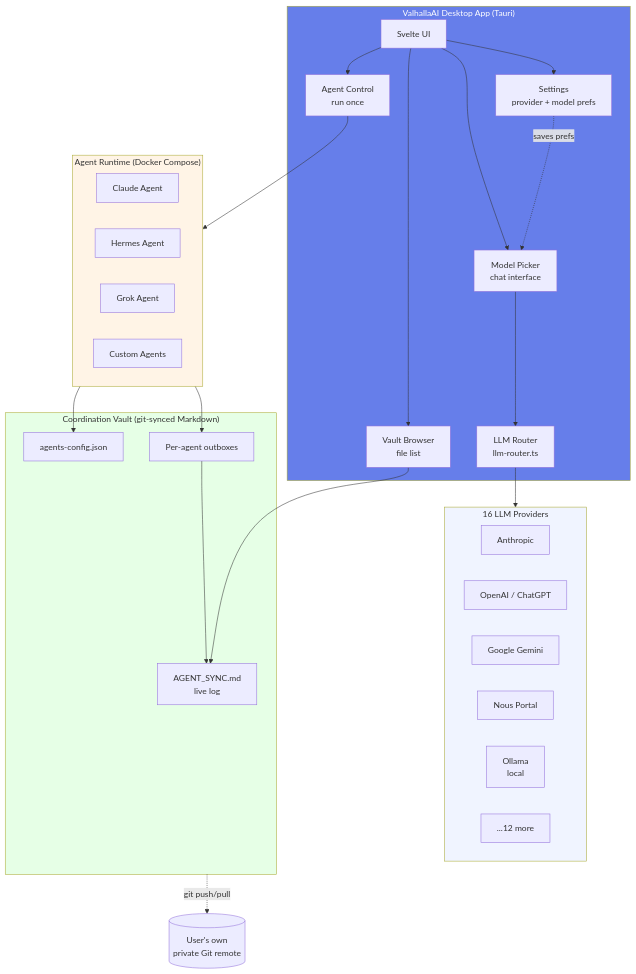
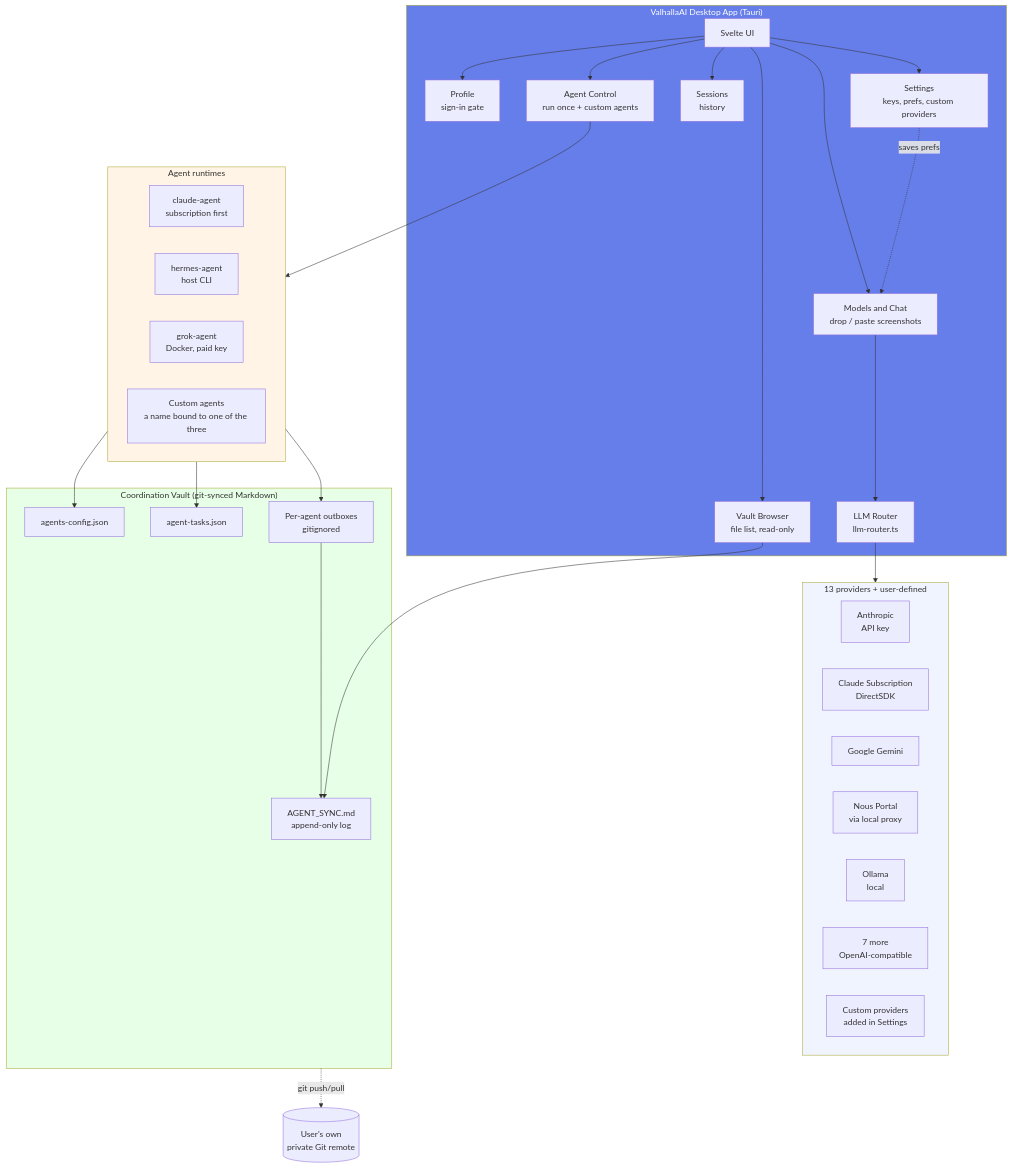
Before and after one commit to jacobcowanr/ValhallaAI: the first of 7 diagrams in ARCHITECTURE.md, drawn with Mermaid. The commit also changed other lines of this file and 2 other files, not shown here.

First line of the commit message:
Documentation brought current, with diagrams

````diff
--- a/ARCHITECTURE.md
+++ b/ARCHITECTURE.md
@@ -17,57 +17,64 @@
 ```mermaid
 graph TB
     subgraph Desktop["ValhallaAI Desktop App (Tauri)"]
         UI[Svelte UI]
-        Settings[Settings<br/>provider + model prefs]
-        ModelPicker[Model Picker<br/>chat interface]
-        VaultBrowser[Vault Browser<br/>file list]
-        AgentControl[Agent Control<br/>run once]
+        Profile[Profile<br/>sign-in gate]
+        Settings[Settings<br/>keys, prefs, custom providers]
+        ModelPicker[Models and Chat<br/>drop / paste screenshots]
+        Sessions[Sessions<br/>history]
+        VaultBrowser[Vault Browser<br/>file list, read-only]
+        AgentControl[Agent Control<br/>run once + custom agents]
         Router[LLM Router<br/>llm-router.ts]
     end
 
-    subgraph Providers["16 LLM Providers"]
+    subgraph Providers["13 providers + user-defined"]
         direction LR
-        P1[Anthropic]
-        P2[OpenAI / ChatGPT]
+        P1[Anthropic<br/>API key]
+        P2[Claude Subscription<br/>DirectSDK]
         P3[Google Gemini]
-        P4[Nous Portal]
+        P4[Nous Portal<br/>via local proxy]
         P5[Ollama<br/>local]
-        P6[...12 more]
+        P6[7 more<br/>OpenAI-compatible]
+        P7[Custom providers<br/>added in Settings]
     end
 
-    subgraph Runtime["Agent Runtime (Docker Compose)"]
+    subgraph Runtime["Agent runtimes"]
         direction LR
-        A1[Claude Agent]
-        A2[Hermes Agent]
-        A3[Grok Agent]
-        A4[Custom Agents]
+        A1[claude-agent<br/>subscription first]
+        A2[hermes-agent<br/>host CLI]
+        A3[grok-agent<br/>Docker, paid key]
+        A4[Custom agents<br/>a name bound to one of the three]
     end
 
     subgraph Vault["Coordination Vault (git-synced Markdown)"]
-        Sync[AGENT_SYNC.md<br/>live log]
+        Sync[AGENT_SYNC.md<br/>append-only log]
         Config[agents-config.json]
-        Outbox[Per-agent outboxes]
+        Tasks[agent-tasks.json]
+        Outbox[Per-agent outboxes<br/>gitignored]
     end
 
+    UI --> Profile
     UI --> Settings
     UI --> ModelPicker
+    UI --> Sessions
     UI --> VaultBrowser
     UI --> AgentControl
 
     ModelPicker --> Router
     Settings -.saves prefs.-> ModelPicker
     Router --> Providers
 
     AgentControl --> Runtime
     Runtime --> Outbox
+    Runtime --> Config
+    Runtime --> Tasks
     Outbox --> Sync
     VaultBrowser --> Sync
-    Runtime --> Config
 
     Vault -. git push/pull .-> RemoteGit[(User's own<br/>private Git remote)]
 
     style Desktop fill:#667eea,color:#fff
     style Providers fill:#f0f4ff
     style Runtime fill:#fff4e6
     style Vault fill:#e6ffe6
 ```
````
